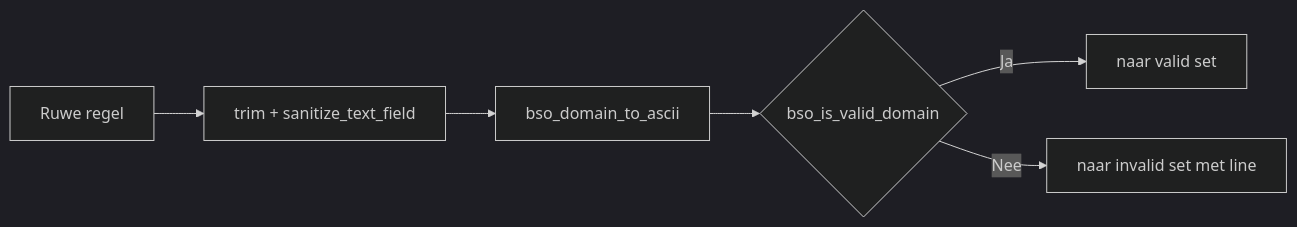
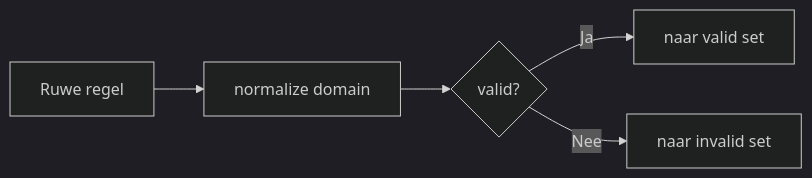
One commit to byteway/bso-wp-blocked-domains changed the seventh of 11 diagrams in document/Functional_Design.md. Above: the diagram before and after it, drawn with Mermaid (dark theme). The commit also changed other lines of this file and 2 other files, not shown here.

````diff
--- a/document/Functional_Design.md
+++ b/document/Functional_Design.md
@@ -293,8 +268,7 @@
 ```mermaid
 flowchart LR
-	RAW[Ruwe regel] --> TRIM[trim + sanitize_text_field]
-	TRIM --> IDN[bso_domain_to_ascii]
-	IDN --> VALID{bso_is_valid_domain}
+	RAW[Ruwe regel] --> NORM[normalize domain]
+	NORM --> VALID{valid?}
 	VALID -- Ja --> OK[naar valid set]
-	VALID -- Nee --> BAD[naar invalid set met line]
+	VALID -- Nee --> BAD[naar invalid set]
 ```
````
